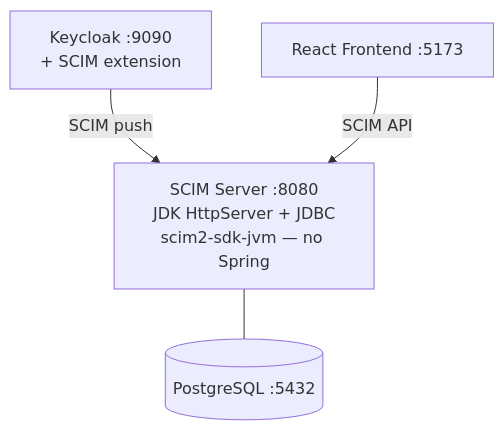
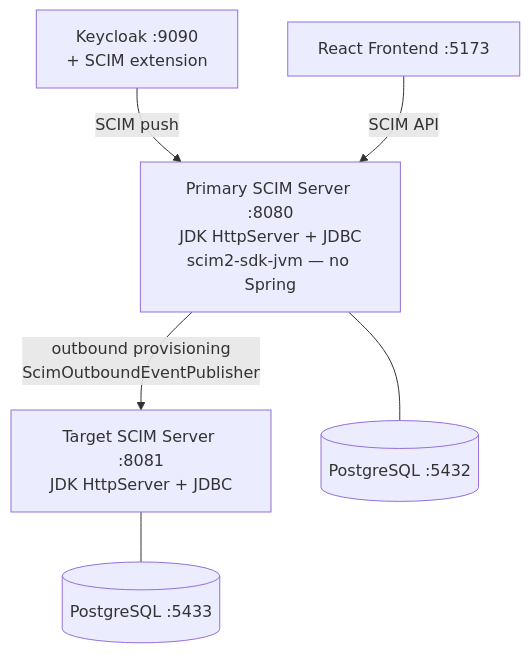
One commit to marcosbarbero/scim2-sdk-jvm changed the diagram in scim2-sdk-samples/sample-fullstack-plain/README.md. Above: the diagram before and after it, drawn with Mermaid. The commit also changed other lines of this file and 12 other files, not shown here.

First line of the commit message:
feat: Framework-agnostic outbound provisioning (#87) (#88)

````diff
--- a/scim2-sdk-samples/sample-fullstack-plain/README.md
+++ b/scim2-sdk-samples/sample-fullstack-plain/README.md
@@ -12,6 +12,8 @@
 ```mermaid
 graph TD
-    KC[Keycloak :9090<br/>+ SCIM extension] -->|SCIM push| PS[SCIM Server :8080<br/>JDK HttpServer + JDBC<br/>scim2-sdk-jvm — no Spring]
+    KC[Keycloak :9090<br/>+ SCIM extension] -->|SCIM push| PS[Primary SCIM Server :8080<br/>JDK HttpServer + JDBC<br/>scim2-sdk-jvm — no Spring]
     FE[React Frontend :5173] -->|SCIM API| PS
-    PS --- PG[(PostgreSQL :5432)]
+    PS -->|outbound provisioning<br/>ScimOutboundEventPublisher| TS[Target SCIM Server :8081<br/>JDK HttpServer + JDBC]
+    PS --- PG1[(PostgreSQL :5432)]
+    TS --- PG2[(PostgreSQL :5433)]
 ```
````
